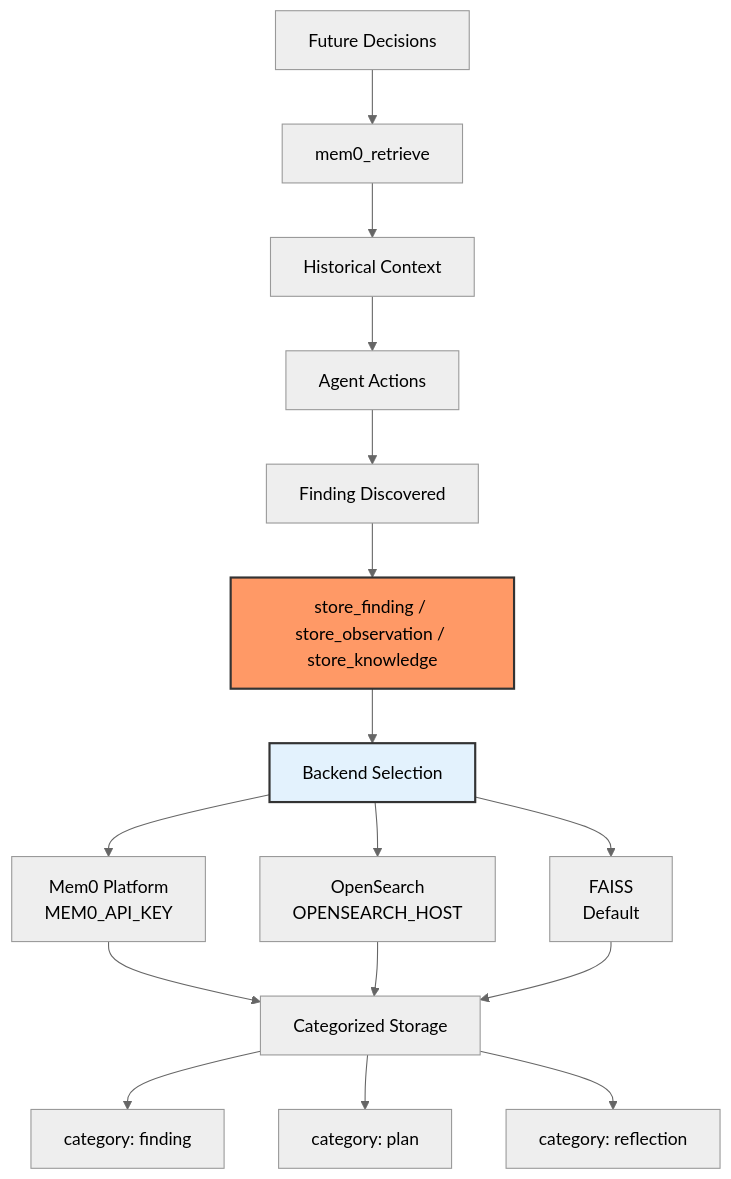
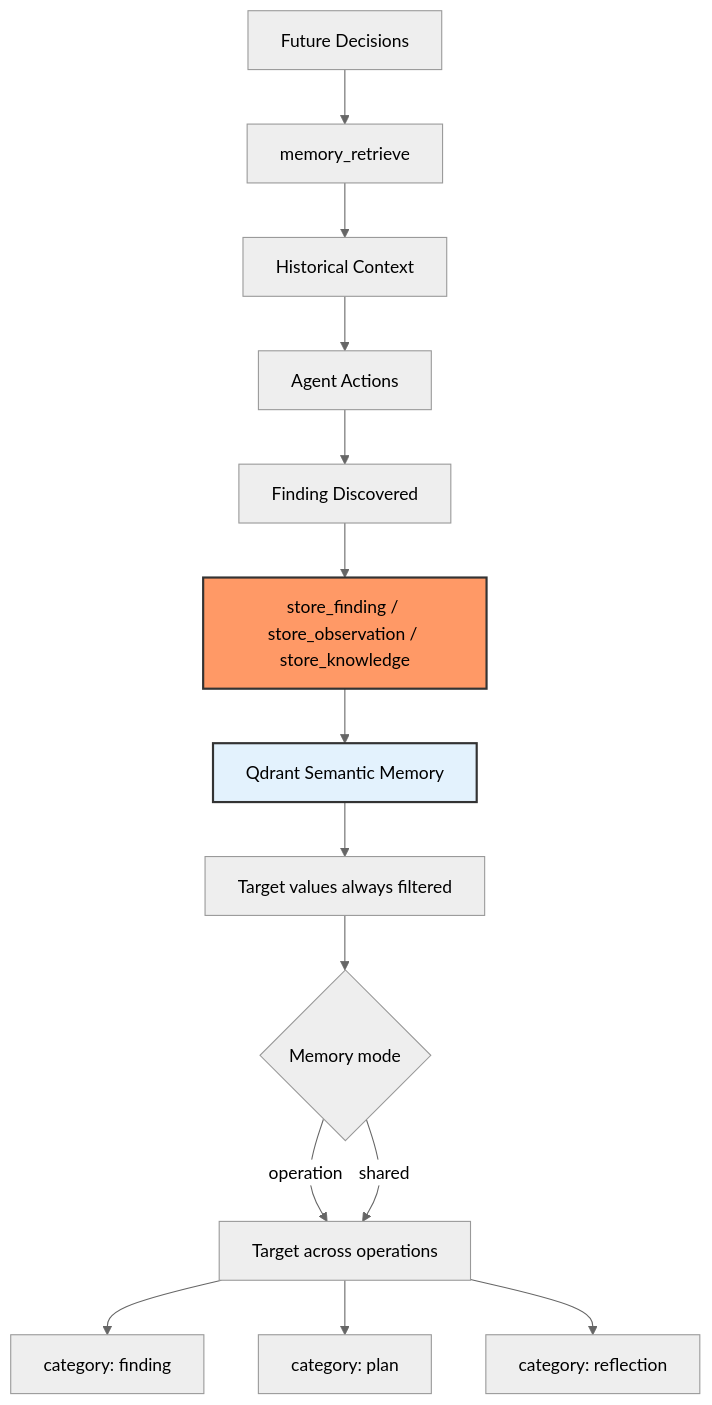
One commit to double16/Cyber-AutoAgent-ng changed the seventh of 7 diagrams in docs/architecture.md. Above: the diagram before and after it, drawn with Mermaid (neutral theme). The commit also changed other lines of this file and 118 other files, not shown here.

First line of the commit message:
semantic database uses qdrant, centralize databases (#210)

````diff
--- a/docs/architecture.md
+++ b/docs/architecture.md
@@ -406,25 +406,21 @@
 ```mermaid
 graph TB
     A[Agent Actions] --> B[Finding Discovered]
     B --> C[store_finding / store_observation / store_knowledge]
-    C --> D[Backend Selection]
-
-    D --> E[Mem0 Platform<br/>MEM0_API_KEY]
-    D --> F[OpenSearch<br/>OPENSEARCH_HOST]
-    D --> G[FAISS<br/>Default]
-
-    E --> H[Categorized Storage]
-    F --> H
-    G --> H
+    C --> D[Qdrant Semantic Memory]
+    D --> E[Target values always filtered]
+    E --> F{Memory mode}
+    F -->|operation| H[Target + operation]
+    F -->|shared| H[Target across operations]
 
     H --> I[category: finding]
     H --> J[category: plan]
     H --> K[category: reflection]
 
-    L[Future Decisions] --> M[mem0_retrieve]
+    L[Future Decisions] --> M[memory_retrieve]
     M --> N[Historical Context]
     N --> A
 
     style C fill:#f96,stroke:#333,stroke-width:2px
     style D fill:#e3f2fd,stroke:#333,stroke-width:2px
 ```
````
